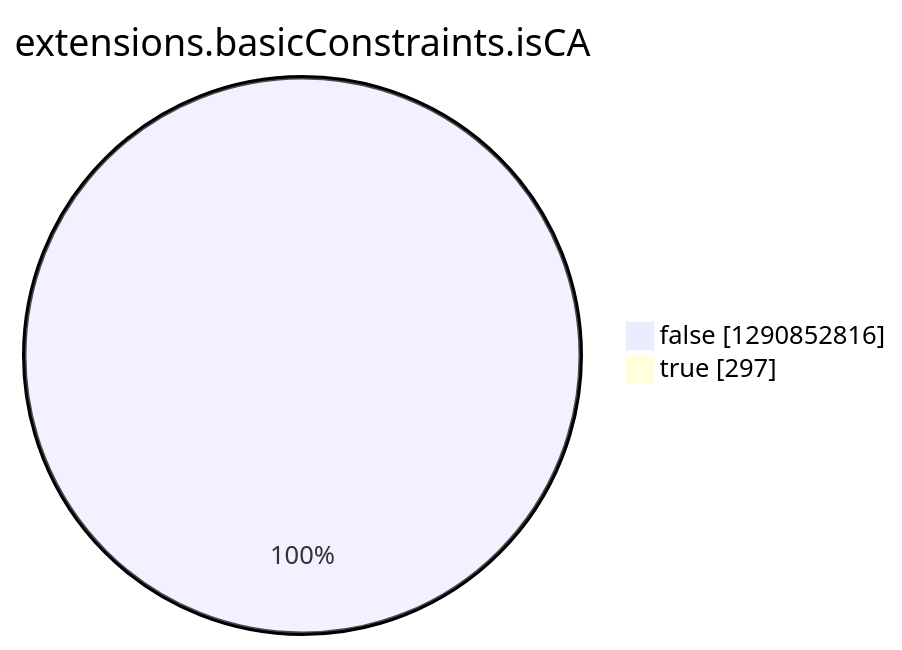
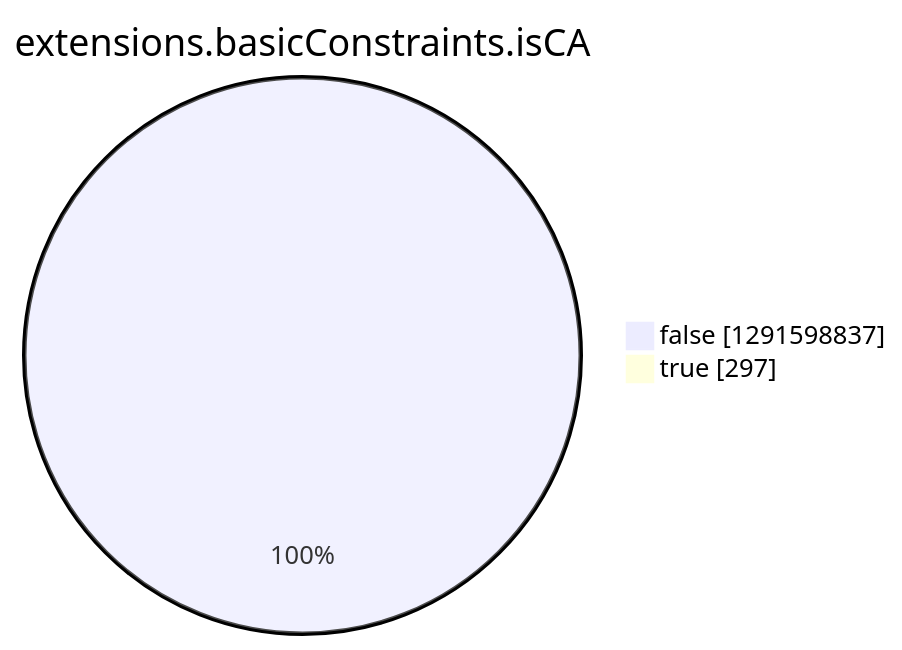
The eighth of 15 diagrams in argon2022/README.md (christiankrug/ctmonitor_visualization), drawn with Mermaid before and after one commit. The commit also changed other lines of this file, not shown here.

````diff
--- a/argon2022/README.md
+++ b/argon2022/README.md
@@ -2756,6 +2756,6 @@
 ```mermaid
 pie showData
 title extensions.basicConstraints.isCA
-"false" :1290852816
+"false" :1291598837
 "true" :297
 ```
````
